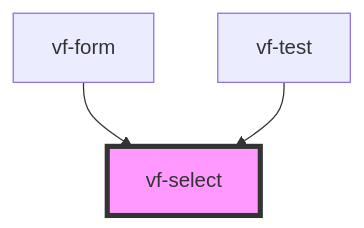
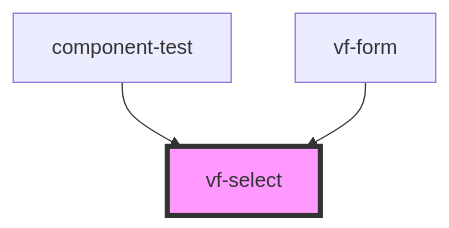
One commit to ols87/formable changed the diagram in src/components/select/readme.md. Above: the diagram before and after it, drawn with Mermaid. The commit also changed other lines of this file and 28 other files, not shown here.

````diff
--- a/src/components/select/readme.md
+++ b/src/components/select/readme.md
@@ -32,6 +32,6 @@
 ```mermaid
 graph TD;
+  component-test --> vf-select
   vf-form --> vf-select
-  vf-test --> vf-select
   style vf-select fill:#f9f,stroke:#333,stroke-width:4px
 ```
````
